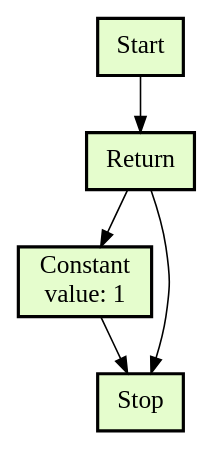
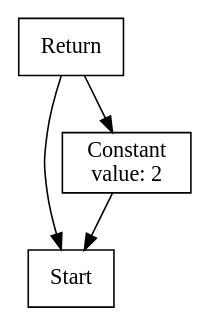
One commit to UnTea/Compiler-ish changed the diagram in output/sea_of_nodes_test.dot. Above: the diagram before and after it, drawn with Graphviz. The commit also changed 15 other files, not shown here.

```diff
--- a/output/sea_of_nodes_test.dot
+++ b/output/sea_of_nodes_test.dot
@@ -1,13 +1,8 @@
 digraph G {
-    node [fontname = "Fira Code" fontsize = 16
-    style = filled fillcolor = "#E5FDCD" penwidth = 2]
-    edge [fontname = "Fira Code" fontsize = 12]
     Start [label = "Start" shape = box]
     2 [label = "Return" shape = box]
-    3 [label = "Constant\n value: 1" shape = box]
-    Stop [label = "Stop" shape = box]
-    Start -> 2
+    3 [label = "Constant\n value: 2" shape = box]
     2 -> 3
-    2 -> Stop
-    3 -> Stop
+    2 -> Start
+    3 -> Start
 }
```
